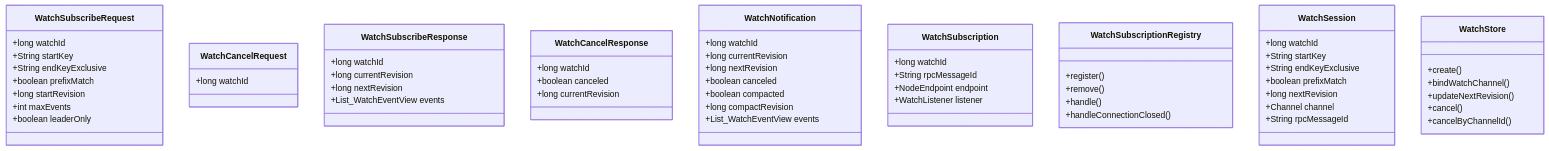
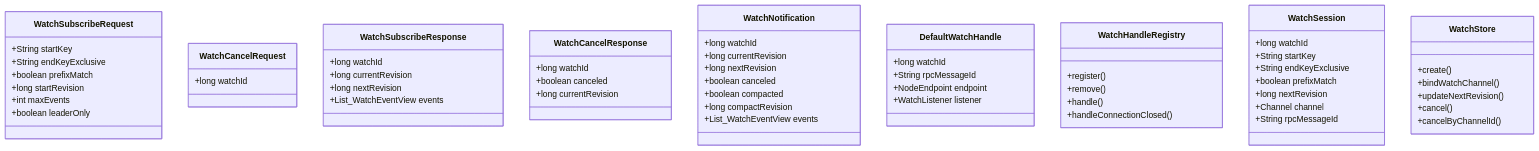
One commit to xhjkss/mini-etcd-project changed the first of 3 diagrams in docs/architecture-06-watch.md. Above: the diagram before and after it, drawn with Mermaid. The commit also changed other lines of this file and 19 other files, not shown here.

Commit message:
refactor(kernel): 重构 WatchStore/WatchSubscribeRequest 与 channel 写路由，切换服务端分配 watchId，拆分控制面/数据面队列并收敛 subscribe 首帧与通知推送时序 refactor(sdk): 重构 EtcdClient 的 watch 处理链路（WatchHandleRegistry + DefaultWatchHandle），明确订阅建立、事件推送、取消关闭四阶段状态流转，统一并发场景下的状态收敛与消息分发时序

````diff
--- a/docs/architecture-06-watch.md
+++ b/docs/architecture-06-watch.md
@@ -57,71 +58,70 @@
 ```mermaid
 classDiagram
     class WatchSubscribeRequest {
-      +long watchId
       +String startKey
       +String endKeyExclusive
       +boolean prefixMatch
       +long startRevision
       +int maxEvents
       +boolean leaderOnly
     }
 
     class WatchCancelRequest {
       +long watchId
     }
 
     class WatchSubscribeResponse {
       +long watchId
       +long currentRevision
       +long nextRevision
       +List_WatchEventView events
     }
 
     class WatchCancelResponse {
       +long watchId
       +boolean canceled
       +long currentRevision
     }
 
     class WatchNotification {
       +long watchId
       +long currentRevision
       +long nextRevision
       +boolean canceled
       +boolean compacted
       +long compactRevision
       +List_WatchEventView events
     }
 
-    class WatchSubscription {
+    class DefaultWatchHandle {
       +long watchId
       +String rpcMessageId
       +NodeEndpoint endpoint
       +WatchListener listener
     }
 
-    class WatchSubscriptionRegistry {
+    class WatchHandleRegistry {
       +register()
       +remove()
       +handle()
       +handleConnectionClosed()
     }
 
     class WatchSession {
       +long watchId
       +String startKey
       +String endKeyExclusive
       +boolean prefixMatch
       +long nextRevision
       +Channel channel
       +String rpcMessageId
     }
 
     class WatchStore {
       +create()
       +bindWatchChannel()
       +updateNextRevision()
       +cancel()
       +cancelByChannelId()
     }
 ```
````
